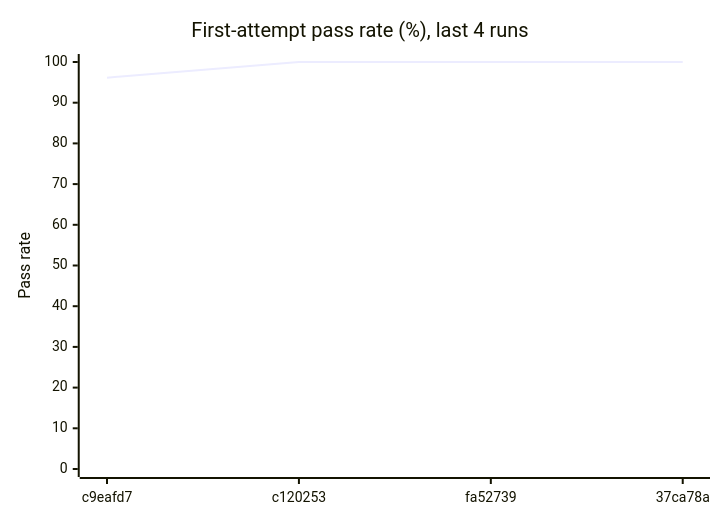
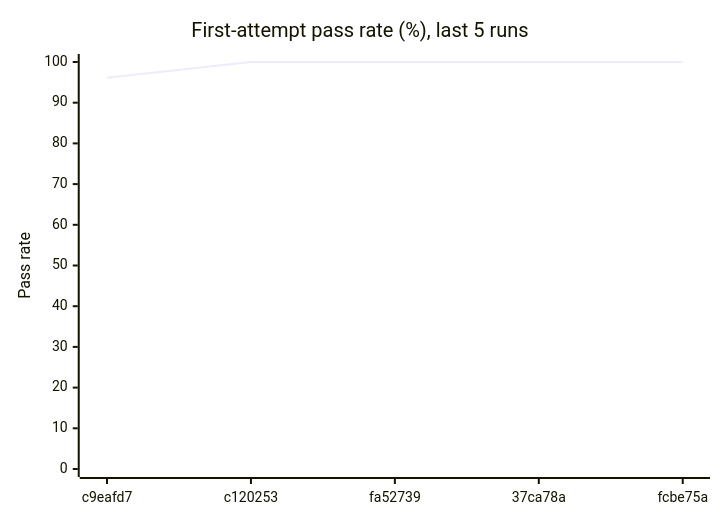
Before and after one commit to Shirojoufu/Flaky-Tests: the first of 3 diagrams in reports/summary.md, drawn with Mermaid. The commit also changed other lines of this file and 6 other files, not shown here.

````diff
--- a/reports/summary.md
+++ b/reports/summary.md
@@ -17,7 +17,7 @@
 ```mermaid
 xychart-beta
-    title "First-attempt pass rate (%), last 4 runs"
-    x-axis ["c9eafd7", "c120253", "fa52739", "37ca78a"]
+    title "First-attempt pass rate (%), last 5 runs"
+    x-axis ["c9eafd7", "c120253", "fa52739", "37ca78a", "fcbe75a"]
     y-axis "Pass rate" 0 --> 100
-    line [96.15, 100.0, 100.0, 100.0]
+    line [96.15, 100.0, 100.0, 100.0, 100.0]
 ```
````
